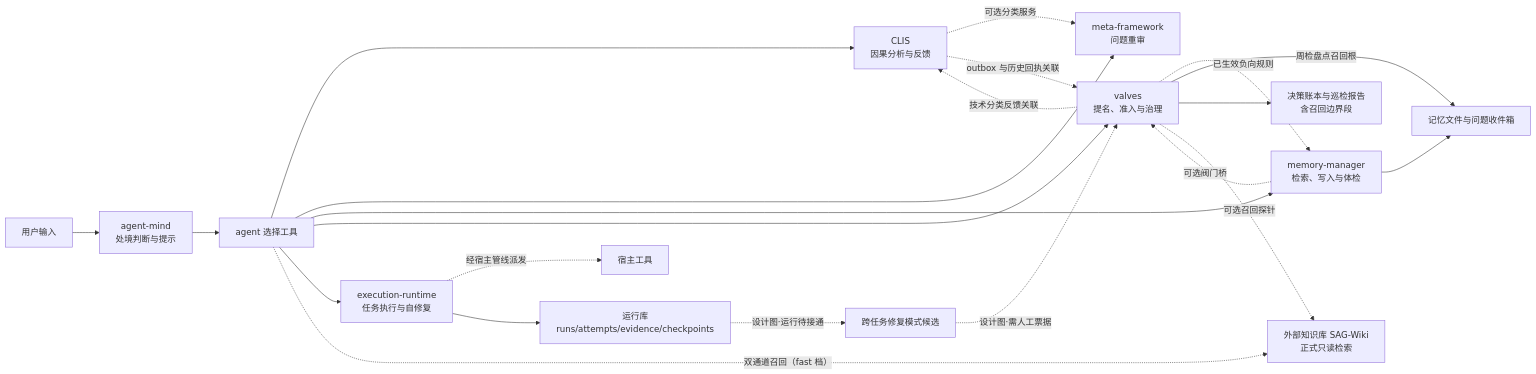
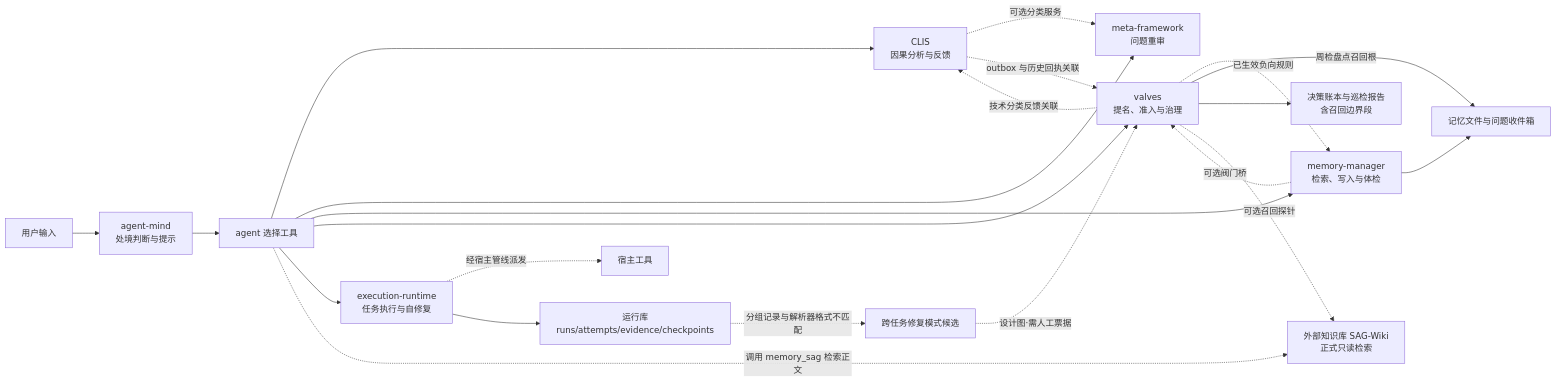
One commit to Chandlersn/dsh-mind-system changed the diagram in README.md. Above: the diagram before and after it, drawn with Mermaid. The commit also changed other lines of this file, not shown here.

````diff
--- a/README.md
+++ b/README.md
@@ -22,25 +22,25 @@
 ```mermaid
 flowchart LR
     U[用户输入] --> M[agent-mind<br/>处境判断与提示]
     M --> A[agent 选择工具]
     A --> C[CLIS<br/>因果分析与反馈]
     A --> F[meta-framework<br/>问题重审]
     A --> R[memory-manager<br/>检索、写入与体检]
     A --> V[valves<br/>提名、准入与治理]
     A --> X[execution-runtime<br/>任务执行与自修复]
-    A -. 双通道召回（fast 档） .-> K
+    A -. 调用 memory_sag 检索正文 .-> K
     C -. 可选分类服务 .-> F
     C -. outbox 与历史回执关联 .-> V
     V -. 技术分类反馈关联 .-> C
     R -. 可选阀门桥 .-> V
     V -. 已生效负向规则 .-> R
     V -->|周检盘点召回根| I
     R --> I[记忆文件与问题收件箱]
     V --> L[决策账本与巡检报告<br/>含召回边界段]
     V -. 可选召回探针 .-> K
     X -. 经宿主管线派发 .-> T[宿主工具]
     X --> S[运行库<br/>runs/attempts/evidence/checkpoints]
-    S -.设计图·运行待接通.-> Q[跨任务修复模式候选]
+    S -.分组记录与解析器格式不匹配.-> Q[跨任务修复模式候选]
     Q -.设计图·需人工票据.-> V
     K[外部知识库 SAG-Wiki<br/>正式只读检索]
 ```
````
